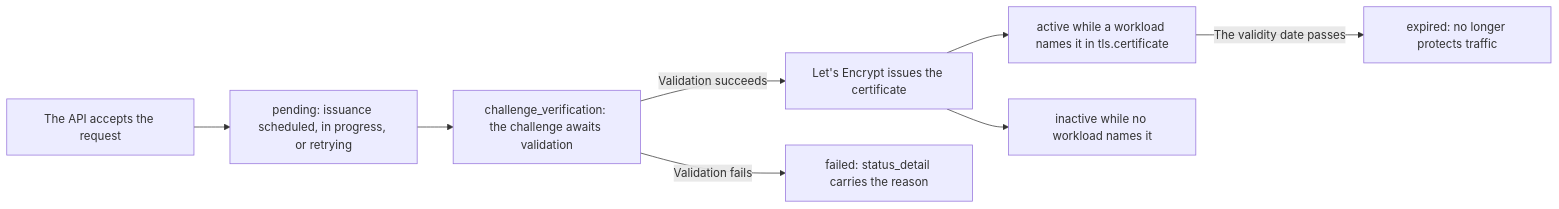
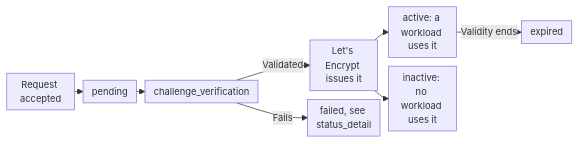
The diagram in src/content/docs/en/pages/secure/certificate-manager/issuance-and-renewal.mdx (aziontech/docs), drawn with Mermaid before and after one commit. The commit also changed 5 other files, not shown here.

First line of the commit message:
docs(workloads): fit the section's diagrams to the frame without horizontal scroll

````diff
--- a/src/content/docs/en/pages/secure/certificate-manager/issuance-and-renewal.mdx
+++ b/src/content/docs/en/pages/secure/certificate-manager/issuance-and-renewal.mdx
@@ -80,10 +80,11 @@
 ```mermaid
+%%{init: {"layout": "dagre", "themeVariables": {"fontSize": "13px"}, "flowchart": {"nodeSpacing": 12, "rankSpacing": 12, "padding": 6, "wrappingWidth": 70, "minNodeWidth": 40, "useMaxWidth": true}}}%%
 flowchart LR
-  Req["The API accepts the request"] --> Pending["pending: issuance scheduled, in progress, or retrying"]
-  Pending --> Challenge["challenge_verification: the challenge awaits validation"]
-  Challenge -->|"Validation succeeds"| Issued["Let's Encrypt issues the certificate"]
-  Challenge -->|"Validation fails"| Failed["failed: status_detail carries the reason"]
-  Issued --> Active["active while a workload names it in tls.certificate"]
-  Issued --> Inactive["inactive while no workload names it"]
-  Active -->|"The validity date passes"| Expired["expired: no longer protects traffic"]
+  Req["Request accepted"] --> Pending["pending"]
+  Pending --> Challenge["challenge_verification"]
+  Challenge -->|"Validated"| Issued["Let's Encrypt issues it"]
+  Challenge -->|"Fails"| Failed["failed, see status_detail"]
+  Issued --> Active["active: a workload uses it"]
+  Issued --> Inactive["inactive: no workload uses it"]
+  Active -->|"Validity ends"| Expired["expired"]
 ```
````
